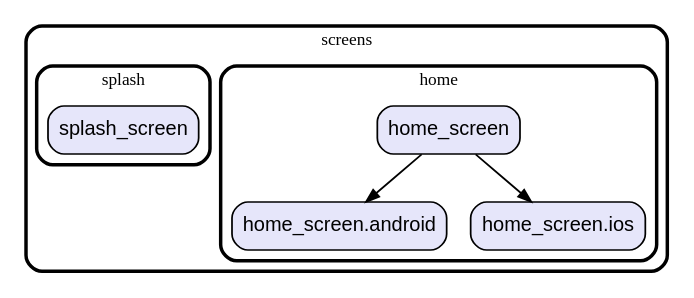
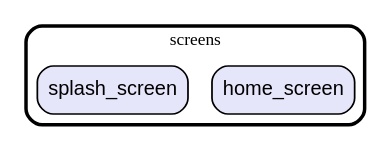
Before and after one commit to gev/reacthome-mobile: the diagram in graph/lib/ui/screens.dot, drawn with Graphviz. The commit also changed 18 other files, not shown here.

Commit message:
update module's dependencies graph

```diff
--- a/graph/lib/ui/screens.dot
+++ b/graph/lib/ui/screens.dot
@@ -1,24 +1,12 @@
 digraph "" {
   graph [style=rounded fontname="Arial Black" fontsize=13 penwidth=2.6];
   node [shape=rect style="filled,rounded" fontname=Arial fontsize=15 fillcolor=Lavender penwidth=1.3];
   edge [penwidth=1.3];
-  "/home/home_screen.android.dart" [label="home_screen.android"];
-  "/home/home_screen.ios.dart" [label="home_screen.ios"];
-  "/home/home_screen.dart" [label="home_screen"];
-  "/splash/splash_screen.dart" [label="splash_screen"];
+  "/home_screen.dart" [label="home_screen"];
+  "/splash_screen.dart" [label="splash_screen"];
   subgraph "cluster~" {
     label="screens";
-    subgraph "cluster~/home" {
-      label="home";
-      "/home/home_screen.android.dart";
-      "/home/home_screen.ios.dart";
-      "/home/home_screen.dart";
-    }
-    subgraph "cluster~/splash" {
-      label="splash";
-      "/splash/splash_screen.dart";
-    }
+    "/home_screen.dart";
+    "/splash_screen.dart";
   }
-  "/home/home_screen.dart" -> "/home/home_screen.android.dart";
-  "/home/home_screen.dart" -> "/home/home_screen.ios.dart";
 }
```
